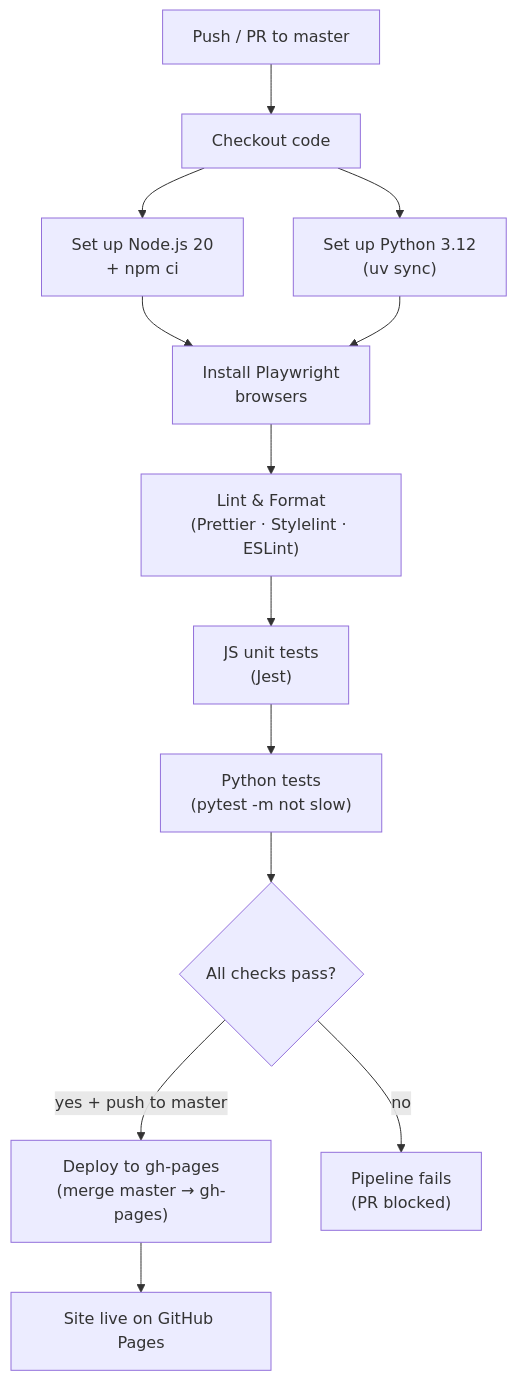
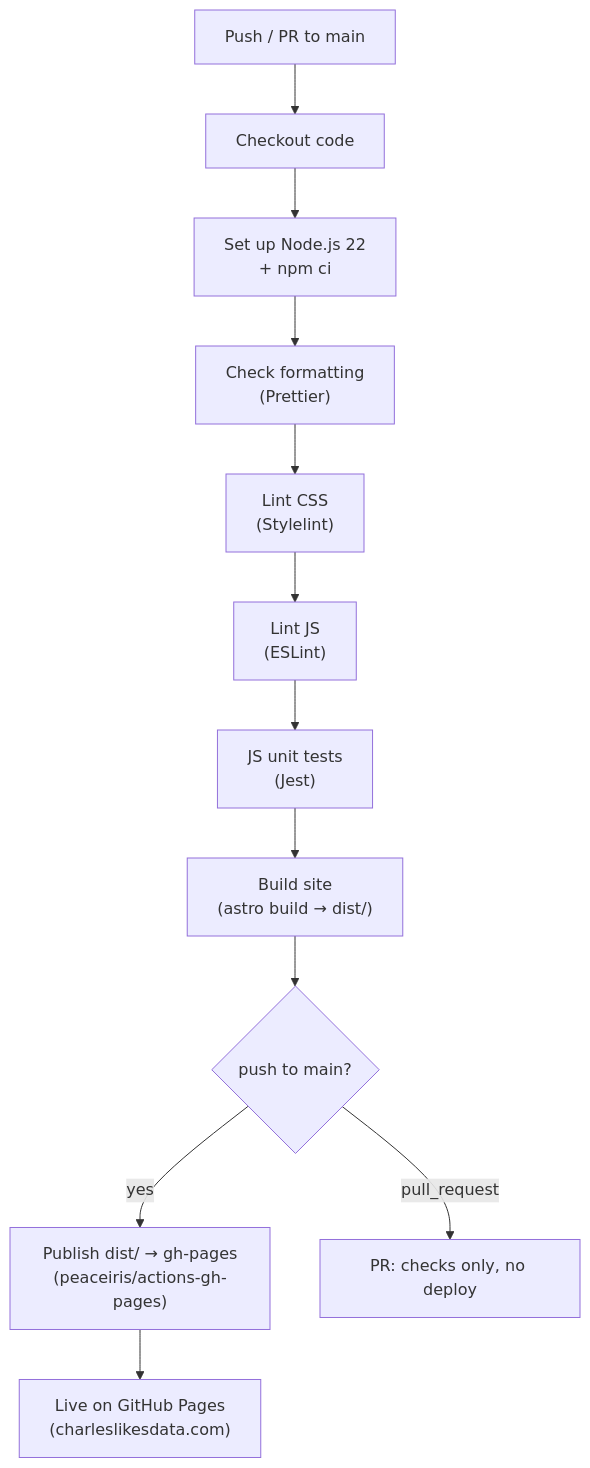
The first of 3 diagrams in wiki/CI-CD-Pipeline.md (cdcoonce/Portfolio_Website), drawn with Mermaid before and after one commit. The commit also changed other lines of this file and 39 other files, not shown here.

First line of the commit message:
docs: rebuild wiki for the Astro architecture; remove retired vanilla source

````diff
--- a/wiki/CI-CD-Pipeline.md
+++ b/wiki/CI-CD-Pipeline.md
@@ -10,28 +12,19 @@
 ```mermaid
 flowchart TD
-    Push["Push / PR to master"]
+    Push["Push / PR to main"]
     Checkout["Checkout code"]
-    NodeSetup["Set up Node.js 20\n+ npm ci"]
-    PythonSetup["Set up Python 3.12\n(uv sync)"]
-    Playwright["Install Playwright\nbrowsers"]
-    Lint["Lint & Format\n(Prettier · Stylelint · ESLint)"]
+    NodeSetup["Set up Node.js 22\n+ npm ci"]
+    Prettier["Check formatting\n(Prettier)"]
+    LintCSS["Lint CSS\n(Stylelint)"]
+    LintJS["Lint JS\n(ESLint)"]
     JSTests["JS unit tests\n(Jest)"]
-    PyTests["Python tests\n(pytest -m not slow)"]
-    Check{"All checks pass?"}
-    Deploy["Deploy to gh-pages\n(merge master → gh-pages)"]
-    Done["Site live on GitHub Pages"]
-    Fail["Pipeline fails\n(PR blocked)"]
+    Build["Build site\n(astro build → dist/)"]
+    Check{"push to main?"}
+    Deploy["Publish dist/ → gh-pages\n(peaceiris/actions-gh-pages)"]
+    Done["Live on GitHub Pages\n(charleslikesdata.com)"]
+    PR["PR: checks only, no deploy"]
 
-    Push --> Checkout
-    Checkout --> NodeSetup
-    Checkout --> PythonSetup
-    NodeSetup --> Playwright
-    PythonSetup --> Playwright
-    Playwright --> Lint
-    Lint --> JSTests
-    JSTests --> PyTests
-    PyTests --> Check
-    Check -->|yes + push to master| Deploy
-    Check -->|no| Fail
-    Deploy --> Done
+    Push --> Checkout --> NodeSetup --> Prettier --> LintCSS --> LintJS --> JSTests --> Build --> Check
+    Check -->|yes| Deploy --> Done
+    Check -->|pull_request| PR
 ```
````
